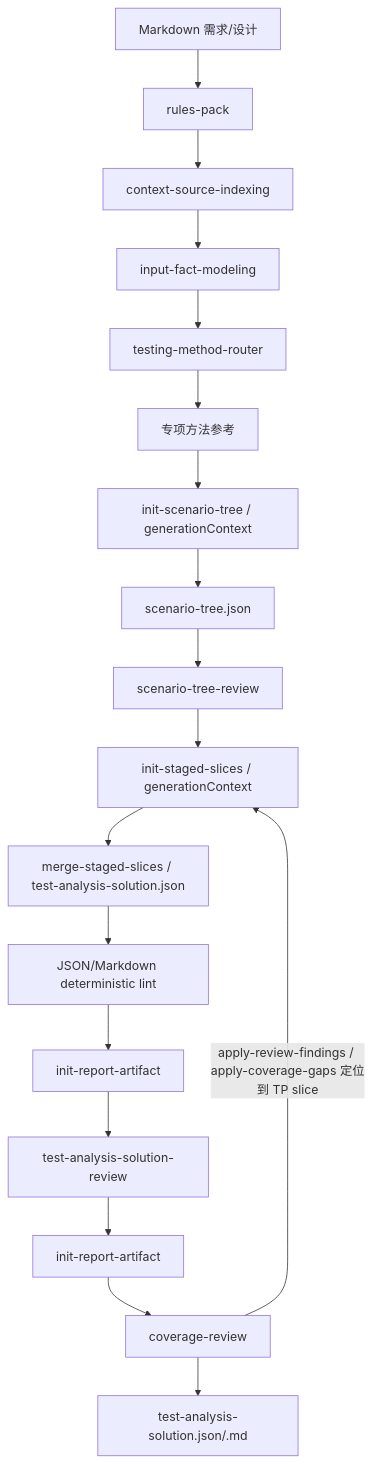
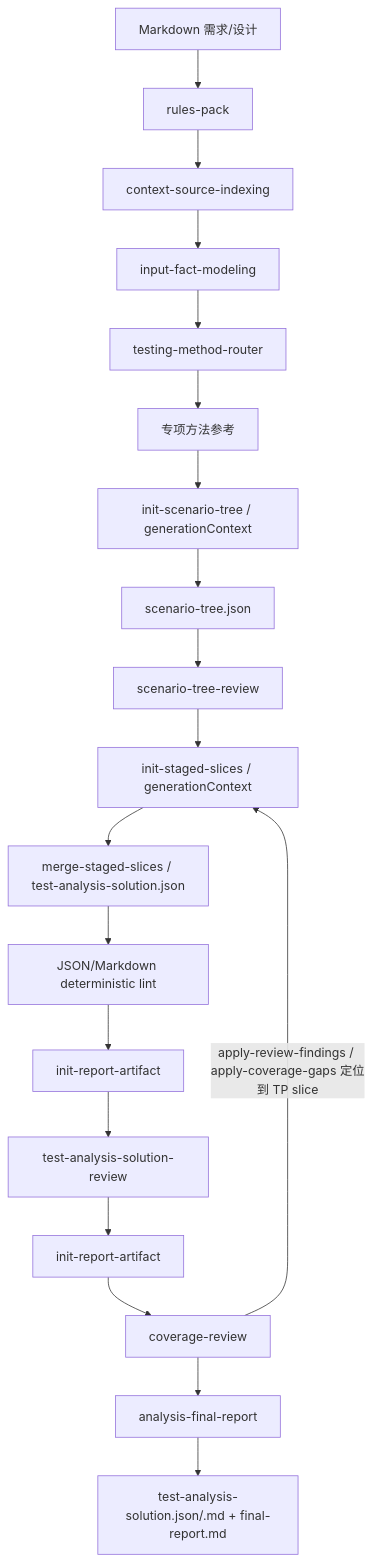
Before and after one commit to szluoqy-byte/Test-Analysis-Agent-MM: the diagram in docs/test-analysis-agent-design.md, drawn with Mermaid. The commit also changed other lines of this file and 57 other files, not shown here.

First line of the commit message:
feat: add final fact coverage reports

````diff
--- a/docs/test-analysis-agent-design.md
+++ b/docs/test-analysis-agent-design.md
@@ -17,20 +17,21 @@
 ```mermaid
 flowchart TD
   input["Markdown 需求/设计"] --> rules["rules-pack"]
   rules --> context["context-source-indexing"]
   context --> facts["input-fact-modeling"]
   facts --> router["testing-method-router"]
   router --> methods["专项方法参考"]
   methods --> scenarioInit["init-scenario-tree / generationContext"]
   scenarioInit --> scenario["scenario-tree.json"]
   scenario --> scenarioReview["scenario-tree-review"]
   scenarioReview --> slices["init-staged-slices / generationContext"]
   slices --> generation["merge-staged-slices / test-analysis-solution.json"]
   generation --> lint["JSON/Markdown deterministic lint"]
   lint --> reviewInit["init-report-artifact"]
   reviewInit --> review["test-analysis-solution-review"]
   review --> coverageInit["init-report-artifact"]
   coverageInit --> coverage["coverage-review"]
   coverage -->|apply-review-findings / apply-coverage-gaps 定位到 TP slice| slices
-  coverage --> output["test-analysis-solution.json/.md"]
+  coverage --> finalReport["analysis-final-report"]
+  finalReport --> output["test-analysis-solution.json/.md + final-report.md"]
 ```
````
